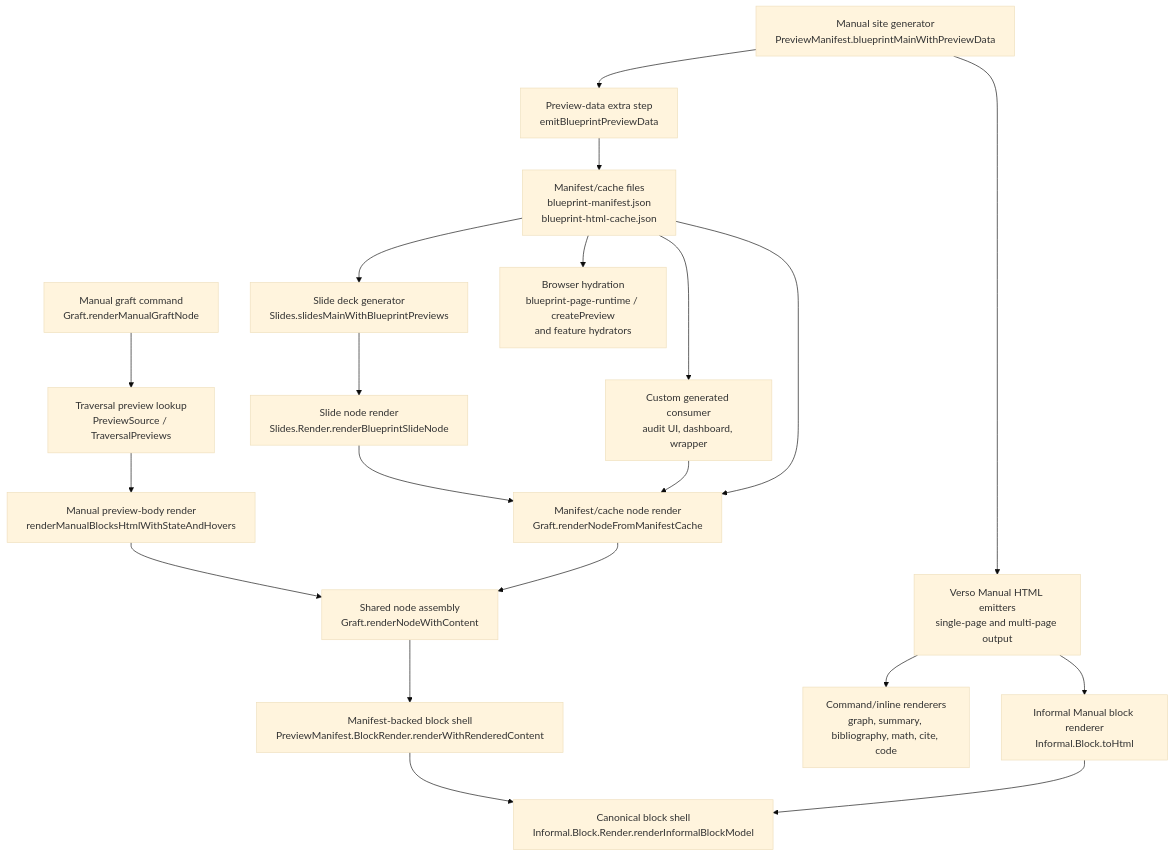
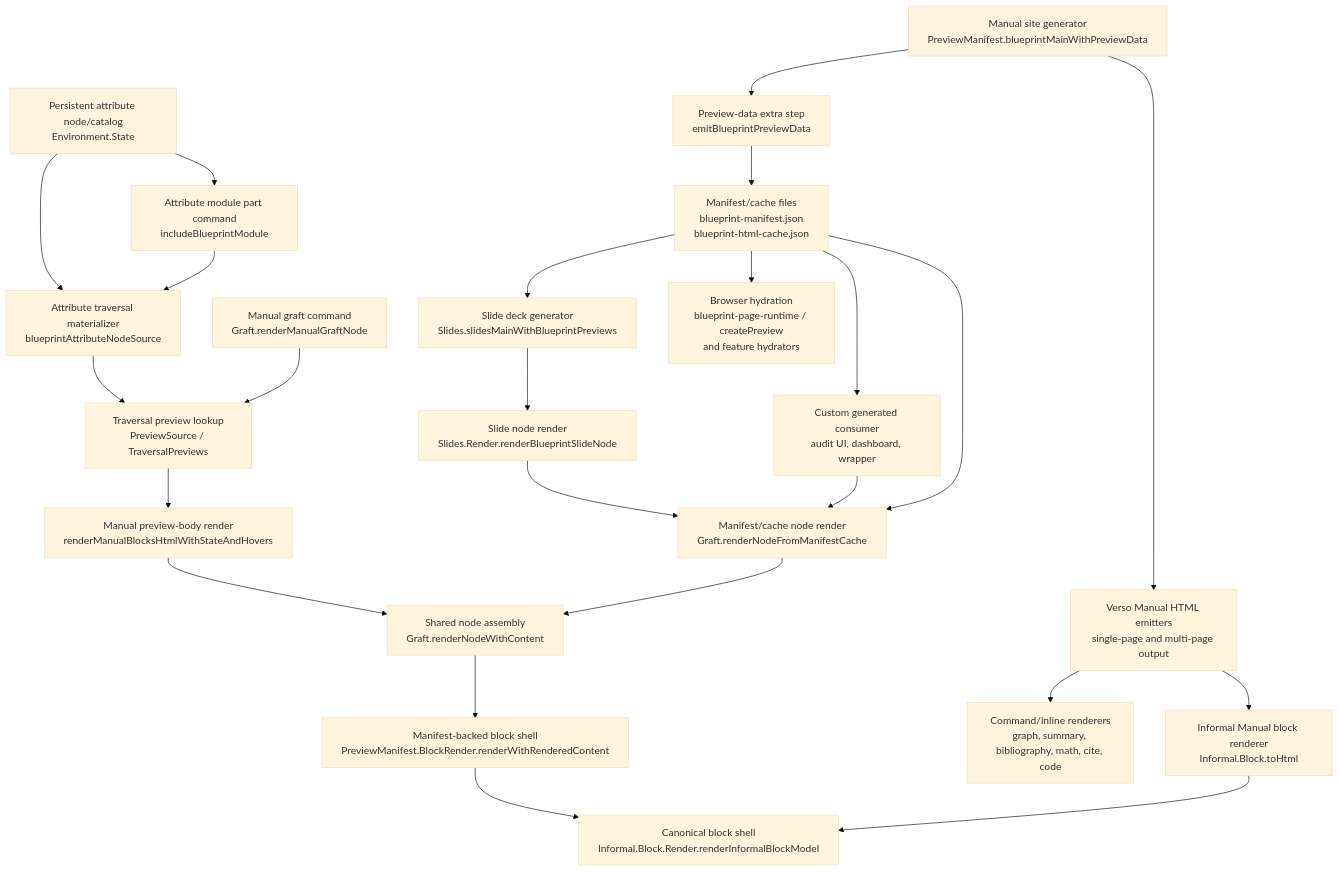
The third of 3 diagrams in doc/DESIGN_RATIONALE.md (leanprover/verso-blueprint), drawn with Mermaid (base theme) before and after one commit. The commit also changed other lines of this file and 7 other files, not shown here.

````diff
--- a/doc/DESIGN_RATIONALE.md
+++ b/doc/DESIGN_RATIONALE.md
@@ -478,44 +479,51 @@
 ```mermaid
 flowchart TD
   manualMain["Manual site generator<br/>PreviewManifest.blueprintMainWithPreviewData"]
   versoEmit["Verso Manual HTML emitters<br/>single-page and multi-page output"]
   informalManual["Informal Manual block renderer<br/>Informal.Block.toHtml"]
   commandRenderers["Command/inline renderers<br/>graph, summary, bibliography, math, cite, code"]
   previewExtra["Preview-data extra step<br/>emitBlueprintPreviewData"]
   previewFiles["Manifest/cache files<br/>blueprint-manifest.json<br/>blueprint-html-cache.json"]
 
+  attributeEnv["Persistent attribute node/catalog<br/>Environment.State"]
+  moduleInclude["Attribute module part command<br/>includeBlueprintModule"]
+  attributeMaterializer["Attribute traversal materializer<br/>blueprintAttributeNodeSource"]
   manualGraft["Manual graft command<br/>Graft.renderManualGraftNode"]
   traversalPreview["Traversal preview lookup<br/>PreviewSource / TraversalPreviews"]
   manualPreviewHtml["Manual preview-body render<br/>renderManualBlocksHtmlWithStateAndHovers"]
 
   slideMain["Slide deck generator<br/>Slides.slidesMainWithBlueprintPreviews"]
   slideRender["Slide node render<br/>Slides.Render.renderBlueprintSlideNode"]
   customRender["Custom generated consumer<br/>audit UI, dashboard, wrapper"]
   graftCache["Manifest/cache node render<br/>Graft.renderNodeFromManifestCache"]
   graftContent["Shared node assembly<br/>Graft.renderNodeWithContent"]
   manifestBlock["Manifest-backed block shell<br/>PreviewManifest.BlockRender.renderWithRenderedContent"]
   blockShell["Canonical block shell<br/>Informal.Block.Render.renderInformalBlockModel"]
   browserRuntime["Browser hydration<br/>blueprint-page-runtime / createPreview<br/>and feature hydrators"]
 
   manualMain --> versoEmit
   versoEmit --> informalManual
   versoEmit --> commandRenderers
   manualMain --> previewExtra
   previewExtra --> previewFiles
 
+  attributeEnv --> moduleInclude
+  attributeEnv --> attributeMaterializer
+  moduleInclude --> attributeMaterializer
+  attributeMaterializer --> traversalPreview
   manualGraft --> traversalPreview
   traversalPreview --> manualPreviewHtml
   manualPreviewHtml --> graftContent
 
   previewFiles --> slideMain
   slideMain --> slideRender
   slideRender --> graftCache
   previewFiles --> customRender
   customRender --> graftCache
   previewFiles --> graftCache
   graftCache --> graftContent
   graftContent --> manifestBlock
   manifestBlock --> blockShell
   informalManual --> blockShell
   previewFiles --> browserRuntime
 ```
````
